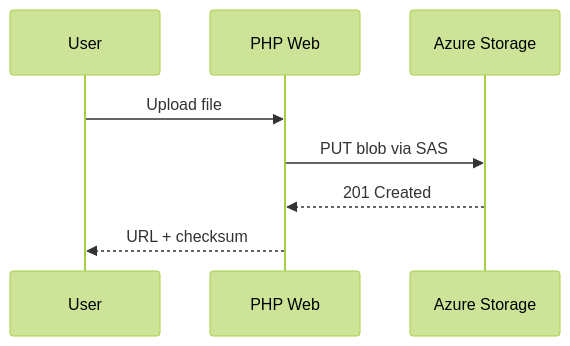
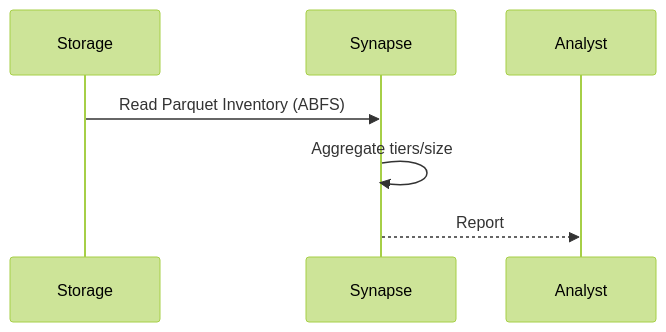
One commit to heisthesisko/azure-se-bootcamp changed the diagram in Azure_Storage/assets/diagrams/module15_sequence.mmd. Above: the diagram before and after it, drawn with Mermaid (forest theme). The commit also changed 213 other files, not shown here.

```diff
--- a/Azure_Storage/assets/diagrams/module15_sequence.mmd
+++ b/Azure_Storage/assets/diagrams/module15_sequence.mmd
@@ -1,8 +1,6 @@
 sequenceDiagram
-  participant User
-  participant Web as PHP Web
-  participant SA as Azure Storage
-  User->>Web: Upload file
-  Web->>SA: PUT blob via SAS
-  SA-->>Web: 201 Created
-  Web-->>User: URL + checksum
+  participant SA as Storage
+  participant Syn as Synapse
+  SA->>Syn: Read Parquet Inventory (ABFS)
+  Syn->>Syn: Aggregate tiers/size
+  Syn-->>Analyst: Report
```
